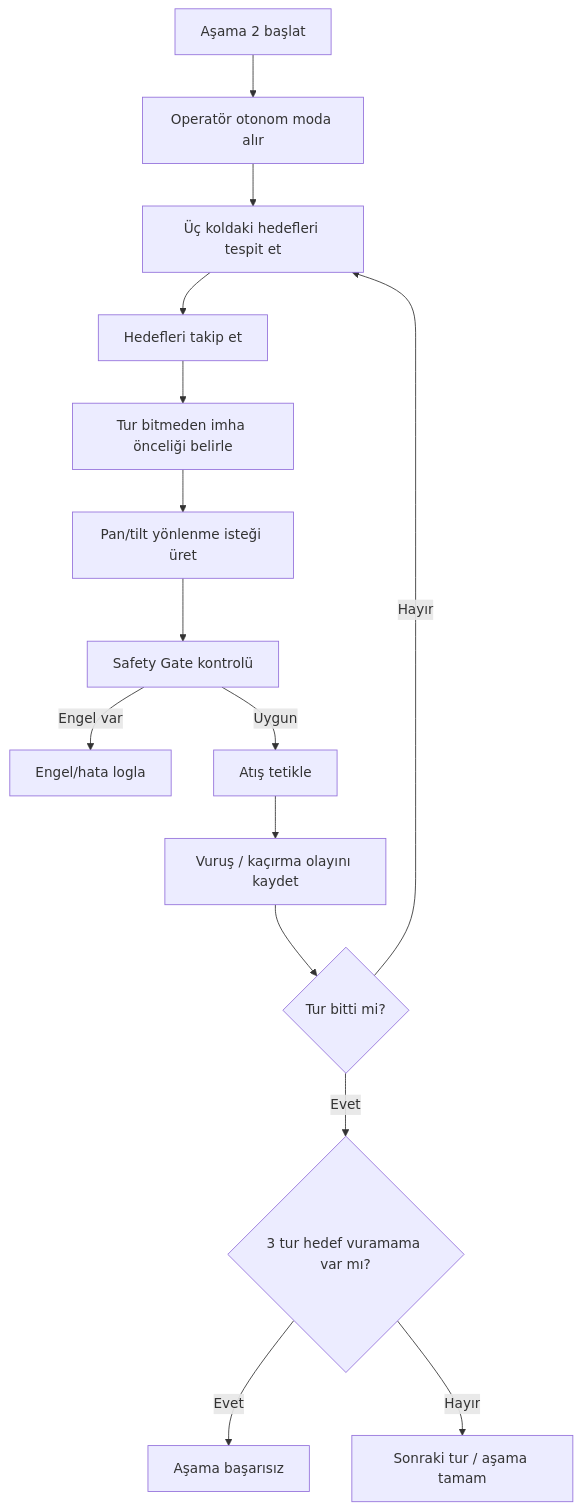
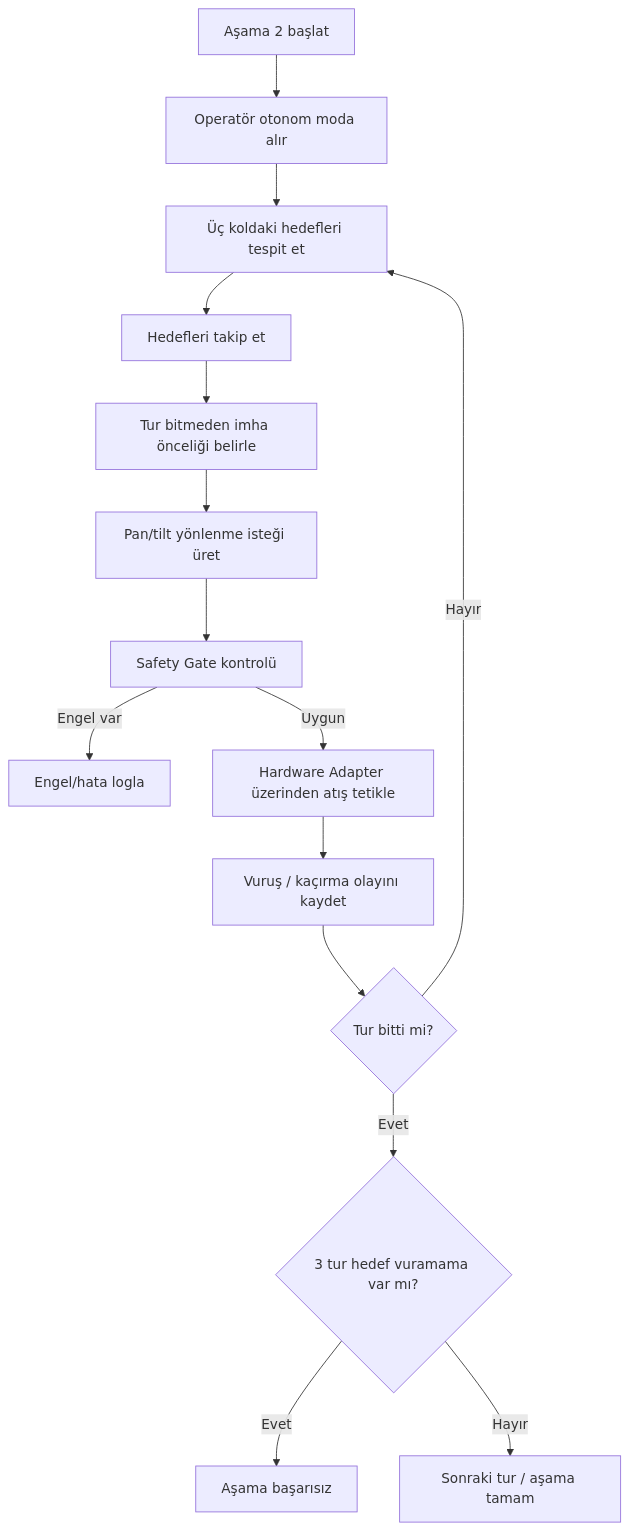
Before and after one commit to AlperKartkaya/gokkalkan: the seventh of 11 diagrams in reports/diyagramlar/mermaid_kodu/ktr_mermaid_diagrams.md, drawn with Mermaid. The commit also changed other lines of this file and 8 other files, not shown here.

Commit message:
docs: add operator panel interface roadmap and update tech stack documentation

````diff
--- a/reports/diyagramlar/mermaid_kodu/ktr_mermaid_diagrams.md
+++ b/reports/diyagramlar/mermaid_kodu/ktr_mermaid_diagrams.md
@@ -117,17 +131,17 @@
 ```mermaid
 flowchart TD
     Start["Aşama 2 başlat"] --> Auto["Operatör otonom moda alır"]
     Auto --> Detect["Üç koldaki hedefleri tespit et"]
     Detect --> Track["Hedefleri takip et"]
     Track --> Priority["Tur bitmeden imha önceliği belirle"]
     Priority --> Aim["Pan/tilt yönlenme isteği üret"]
     Aim --> Safety["Safety Gate kontrolü"]
     Safety -->|Engel var| LogBlock["Engel/hata logla"]
-    Safety -->|Uygun| Fire["Atış tetikle"]
+    Safety -->|Uygun| Fire["Hardware Adapter üzerinden atış tetikle"]
     Fire --> Result["Vuruş / kaçırma olayını kaydet"]
     Result --> Round{"Tur bitti mi?"}
     Round -->|Hayır| Detect
     Round -->|Evet| Fail{"3 tur hedef vuramama var mı?"}
     Fail -->|Evet| Stop["Aşama başarısız"]
     Fail -->|Hayır| Done["Sonraki tur / aşama tamam"]
 ```
````
